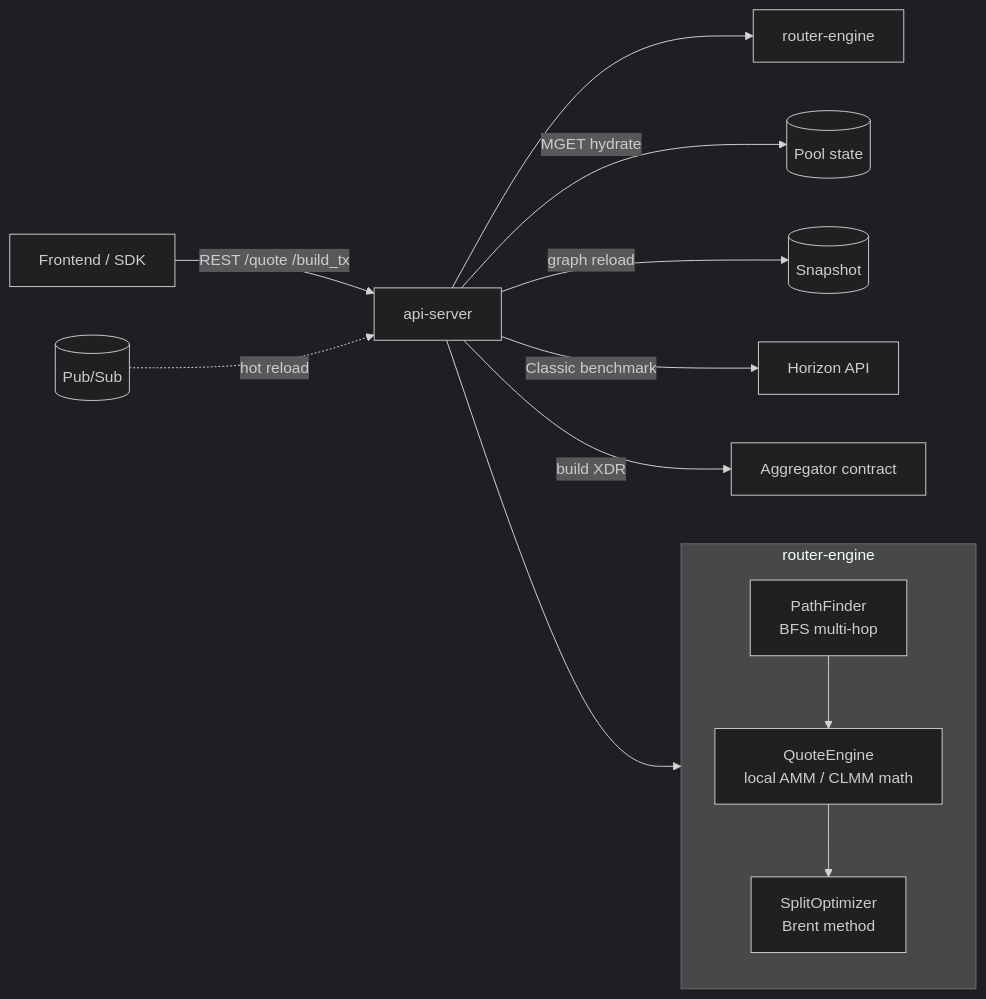
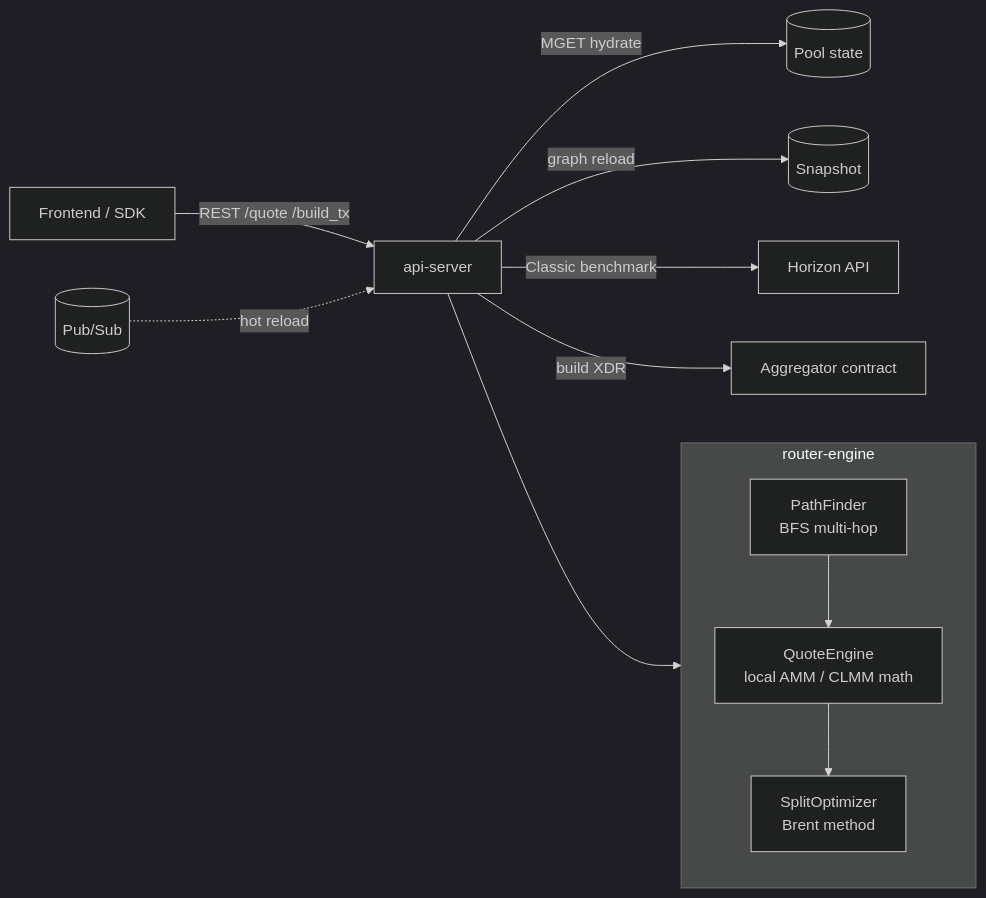
One commit to Lum-Agg/stellar-dex-agg changed the second of 3 diagrams in README.md. Above: the diagram before and after it, drawn with Mermaid (dark theme). The commit also changed other lines of this file and 1 other file, not shown here.

````diff
--- a/README.md
+++ b/README.md
@@ -80,20 +80,19 @@
 ```mermaid
 flowchart LR
   FE[Frontend / SDK] -->|REST /quote /build_tx| API[api-server]
-  API --> RE[router-engine]
 
-  subgraph REinner [router-engine]
+  subgraph RE [router-engine]
     PF[PathFinder<br/>BFS multi-hop]
     QE[QuoteEngine<br/>local AMM / CLMM math]
     SO[SplitOptimizer<br/>Brent method]
     PF --> QE --> SO
   end
 
-  API --> REinner
+  API --> RE
   API -->|MGET hydrate| POOL[(Pool state)]
   API -->|graph reload| SNAP[(Snapshot)]
   PUB[(Pub/Sub)] -.->|hot reload| API
 
   API -->|Classic benchmark| HZN[Horizon API]
   API -->|build XDR| AGG[Aggregator contract]
 ```
````
